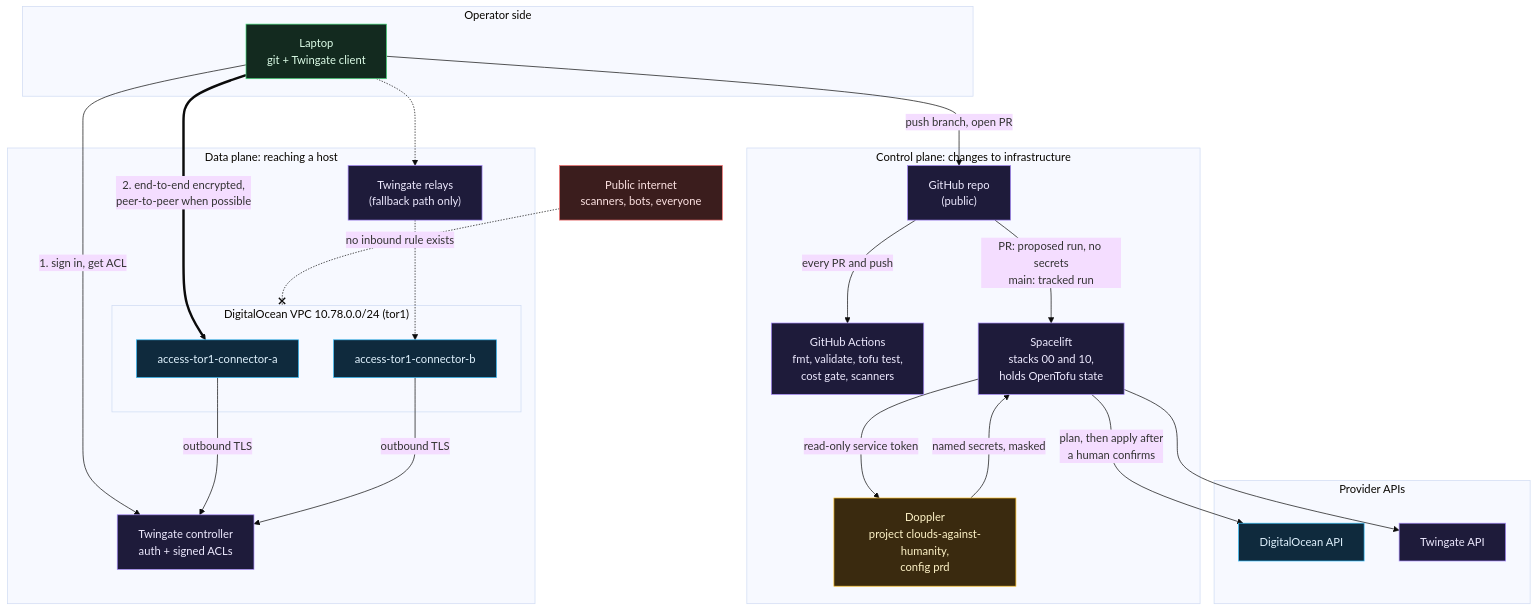
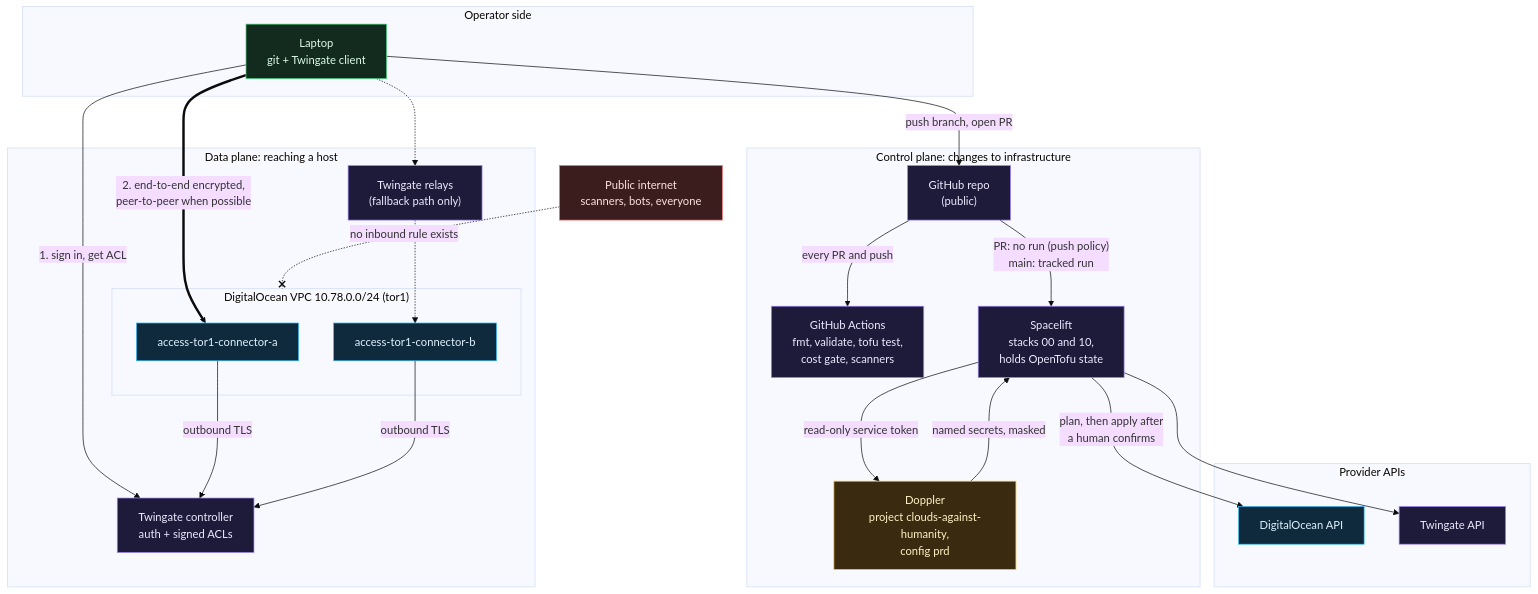
One commit to ChiefGyk3D/Clouds-Against-Humanity changed the first of 4 diagrams in docs/wiki/Architecture-Overview.md. Above: the diagram before and after it, drawn with Mermaid (base theme). The commit also changed other lines of this file and 18 other files, not shown here.

First line of the commit message:
Spacelift push policy, CI onto git-your-ship-together only, wiki by workflow

````diff
--- a/docs/wiki/Architecture-Overview.md
+++ b/docs/wiki/Architecture-Overview.md
@@ -14,51 +14,51 @@
 ```mermaid
 flowchart TB
     subgraph operator["Operator side"]
         dev["Laptop<br/>git + Twingate client"]:::you
     end
 
     subgraph control["Control plane: changes to infrastructure"]
         gh["GitHub repo<br/>(public)"]:::ctrl
         ci["GitHub Actions<br/>fmt, validate, tofu test,<br/>cost gate, scanners"]:::ctrl
         sl["Spacelift<br/>stacks 00 and 10,<br/>holds OpenTofu state"]:::ctrl
         dp["Doppler<br/>project clouds-against-humanity,<br/>config prd"]:::secret
     end
 
     subgraph apis["Provider APIs"]
         doapi["DigitalOcean API"]:::cloud
         tgapi["Twingate API"]:::ctrl
     end
 
     subgraph dataplane["Data plane: reaching a host"]
         tgc["Twingate controller<br/>auth + signed ACLs"]:::ctrl
         relay["Twingate relays<br/>(fallback path only)"]:::ctrl
         subgraph vpc["DigitalOcean VPC 10.78.0.0/24 (tor1)"]
             ca["access-tor1-connector-a"]:::cloud
             cb["access-tor1-connector-b"]:::cloud
         end
     end
 
     internet["Public internet<br/>scanners, bots, everyone"]:::ext
 
     dev -- "push branch, open PR" --> gh
     gh -- "every PR and push" --> ci
-    gh -- "PR: proposed run, no secrets<br/>main: tracked run" --> sl
+    gh -- "PR: no run (push policy)<br/>main: tracked run" --> sl
     sl -- "read-only service token" --> dp
     dp -- "named secrets, masked" --> sl
     sl -- "plan, then apply after<br/>a human confirms" --> doapi
     sl --> tgapi
 
     dev -- "1. sign in, get ACL" --> tgc
     ca -- "outbound TLS" --> tgc
     cb -- "outbound TLS" --> tgc
     dev == "2. end-to-end encrypted,<br/>peer-to-peer when possible" ==> ca
     dev -.-> relay -.-> cb
 
     internet -. "no inbound rule exists" .-x vpc
 
     classDef you fill:#132a1f,stroke:#4ade80,color:#dcfce7
     classDef ext fill:#3b1d1d,stroke:#f87171,color:#fde2e2
     classDef ctrl fill:#1e1b3a,stroke:#a78bfa,color:#ede9fe
     classDef cloud fill:#0f2a3d,stroke:#38bdf8,color:#e0f2fe
     classDef secret fill:#3a2a0f,stroke:#fbbf24,color:#fef3c7
 ```
````
